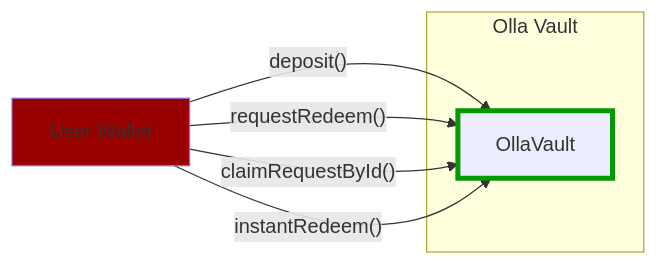
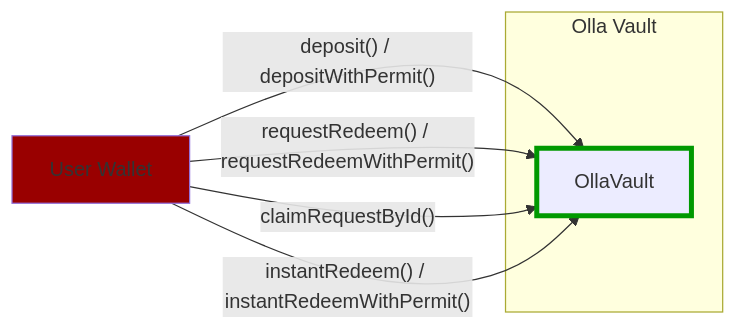
One commit to ollafinance/core changed the third of 7 diagrams in docs/architecture/overview.md. Above: the diagram before and after it, drawn with Mermaid. The commit also changed other lines of this file and 5 other files, not shown here.

````diff
--- a/docs/architecture/overview.md
+++ b/docs/architecture/overview.md
@@ -269,17 +269,17 @@
 ```mermaid
 flowchart LR
 
 userWallet[User Wallet]
 
 subgraph "Olla Vault"
     vault[OllaVault]
 end
 
-userWallet -->|"deposit()"| vault
-userWallet -->|"requestRedeem()"| vault
+userWallet -->|"deposit() / depositWithPermit()"| vault
+userWallet -->|"requestRedeem() / requestRedeemWithPermit()"| vault
 userWallet -->|"claimRequestById()"| vault
-userWallet -->|"instantRedeem()"| vault
+userWallet -->|"instantRedeem() / instantRedeemWithPermit()"| vault
 
 style userWallet fill:#900
 style vault stroke:#090,stroke-width:4px
 ```
````
